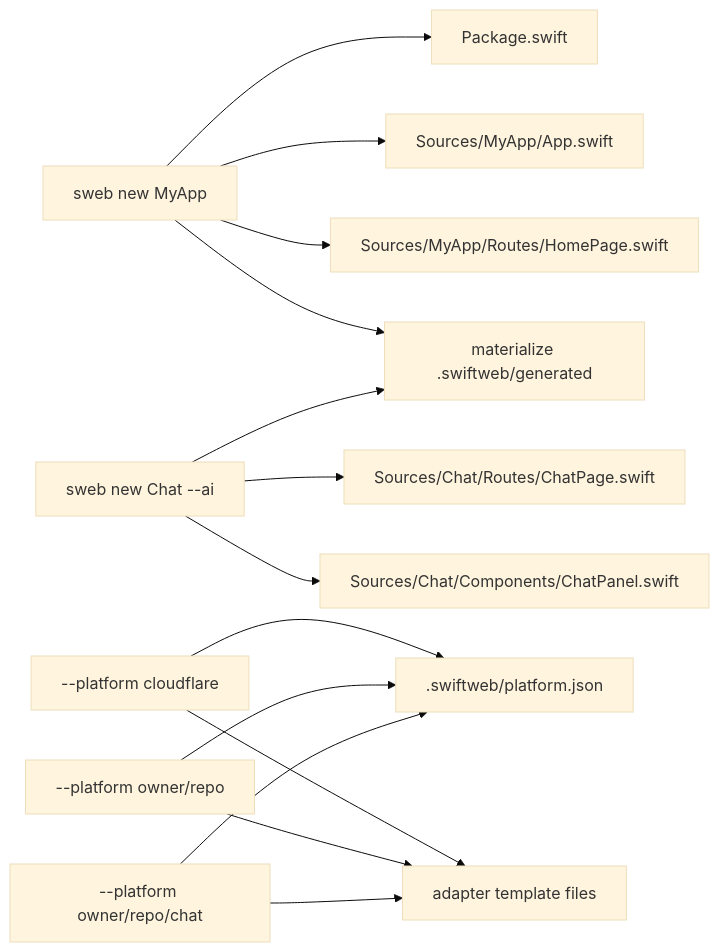
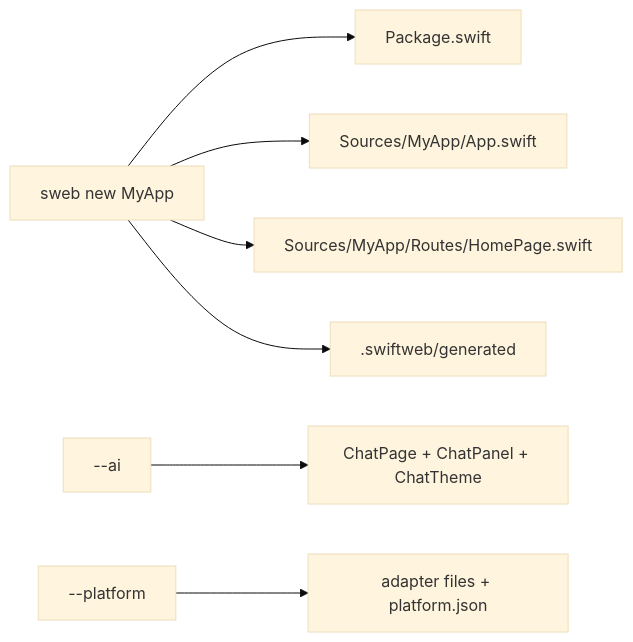
One commit to 1amageek/swift-web changed the first of 3 diagrams in Sources/SwiftWebCLI/README.md. Above: the diagram before and after it, drawn with Mermaid (base theme). The commit also changed other lines of this file and 30 other files, not shown here.

````diff
--- a/Sources/SwiftWebCLI/README.md
+++ b/Sources/SwiftWebCLI/README.md
@@ -36,16 +37,9 @@
 ```mermaid
 flowchart LR
-  A["sweb new MyApp"] --> B["Package.swift"]
-  A --> C["Sources/MyApp/App.swift"]
-  A --> D["Sources/MyApp/Routes/HomePage.swift"]
-  F["sweb new Chat --ai"] --> G["Sources/Chat/Routes/ChatPage.swift"]
-  F --> H["Sources/Chat/Components/ChatPanel.swift"]
-  I["--platform cloudflare"] --> J[".swiftweb/platform.json"]
-  K["--platform owner/repo"] --> J
-  L["--platform owner/repo/chat"] --> J
-  I --> M["adapter template files"]
-  K --> M
-  L --> M
-  A --> E["materialize .swiftweb/generated"]
-  F --> E
+  New["sweb new MyApp"] --> Manifest["Package.swift"]
+  New --> App["Sources/MyApp/App.swift"]
+  New --> Page["Sources/MyApp/Routes/HomePage.swift"]
+  New --> Generated[".swiftweb/generated"]
+  AI["--ai"] --> Chat["ChatPage + ChatPanel + ChatTheme"]
+  Platform["--platform"] --> Adapter["adapter files + platform.json"]
 ```
````
